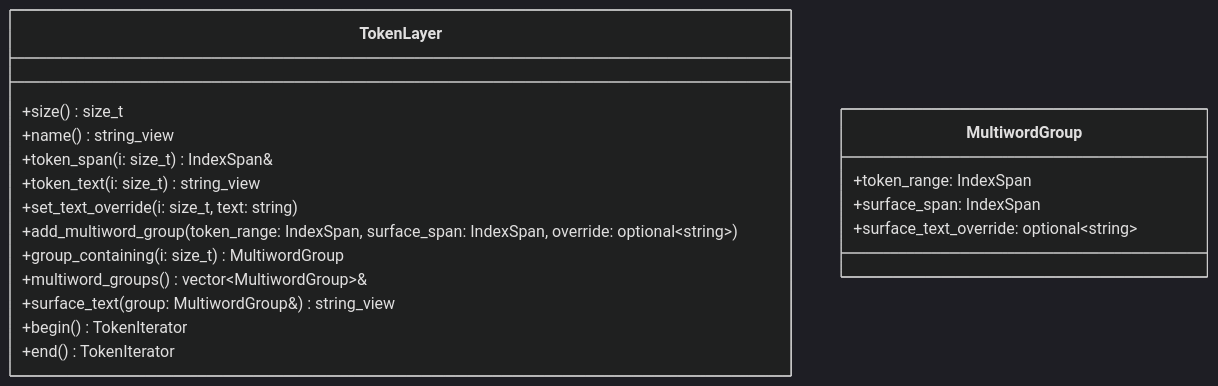
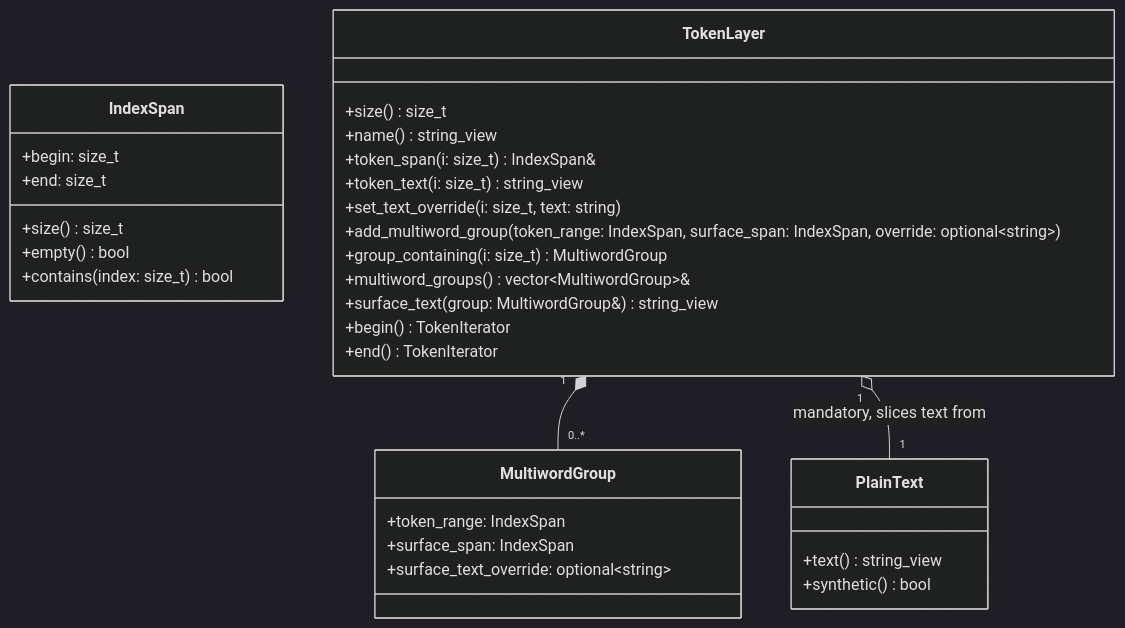
Before and after one commit to ufal/linpipe: the third of 3 diagrams in docs/src/dev/segmentation_tokenization.md, drawn with Mermaid (dark theme).

Commit message:
Class relationships in TokenLayer.

````diff
--- a/docs/src/dev/segmentation_tokenization.md
+++ b/docs/src/dev/segmentation_tokenization.md
@@ -57,22 +57,39 @@
 ```mermaid
 classDiagram
+
+  class PlainText {
+    +text() string_view
+    +synthetic() bool
+  }
+
+  class IndexSpan {
+    +begin: size_t
+    +end: size_t
+    +size() size_t
+    +empty() bool
+    +contains(index: size_t) bool
+  }
+
   class TokenLayer {
     +size() size_t
     +name() string_view
     +token_span(i: size_t) IndexSpan&
     +token_text(i: size_t) string_view
     +set_text_override(i: size_t, text: string)
     +add_multiword_group(token_range: IndexSpan, surface_span: IndexSpan, override: optional~string~)
     +group_containing(i: size_t) MultiwordGroup
     +multiword_groups() vector~MultiwordGroup~&
     +surface_text(group: MultiwordGroup&) string_view
     +begin() TokenIterator
     +end() TokenIterator
   }
 
   class MultiwordGroup {
     +token_range: IndexSpan
     +surface_span: IndexSpan
     +surface_text_override: optional~string~
   }
+
+  TokenLayer "1" *-- "0..*" MultiwordGroup
+  TokenLayer "1" o-- "1" PlainText : mandatory, slices text from
 ```
````
